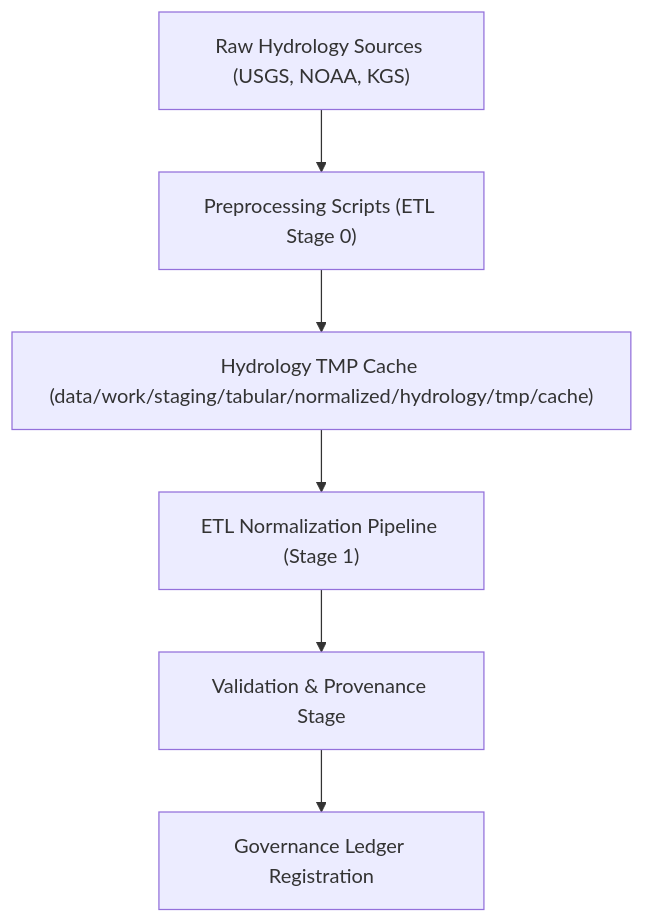
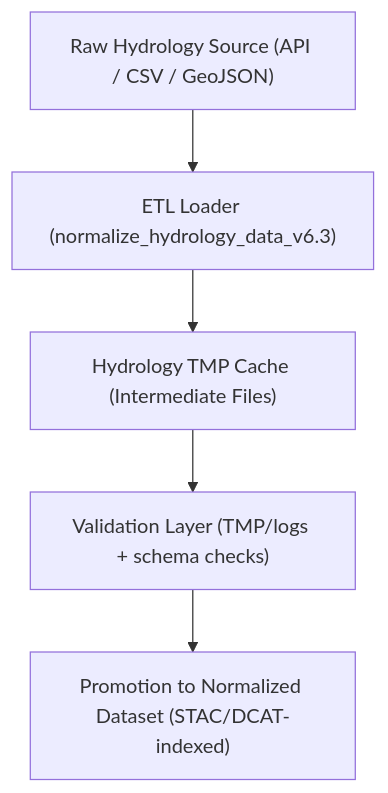
One commit to bartytime4life/Kansas-Frontier-Matrix changed the diagram in data/work/staging/tabular/normalized/hydrology/tmp/cache/README.md. Above: the diagram before and after it, drawn with Mermaid. The commit also changed other lines of this file, not shown here.

````diff
--- a/data/work/staging/tabular/normalized/hydrology/tmp/cache/README.md
+++ b/data/work/staging/tabular/normalized/hydrology/tmp/cache/README.md
@@ -71,8 +68,7 @@
 ```mermaid
 flowchart TD
-    A["Raw Hydrology Sources (USGS, NOAA, KGS)"] --> B["Preprocessing Scripts (ETL Stage 0)"]
-    B --> C["Hydrology TMP Cache (data/work/staging/tabular/normalized/hydrology/tmp/cache)"]
-    C --> D["ETL Normalization Pipeline (Stage 1)"]
-    D --> E["Validation & Provenance Stage"]
-    E --> F["Governance Ledger Registration"]
+    A["Raw Hydrology Source (API / CSV / GeoJSON)"] --> B["ETL Loader (normalize_hydrology_data_v6.3)"]
+    B --> C["Hydrology TMP Cache (Intermediate Files)"]
+    C --> D["Validation Layer (TMP/logs + schema checks)"]
+    D --> E["Promotion to Normalized Dataset (STAC/DCAT-indexed)"]
 ```
````
